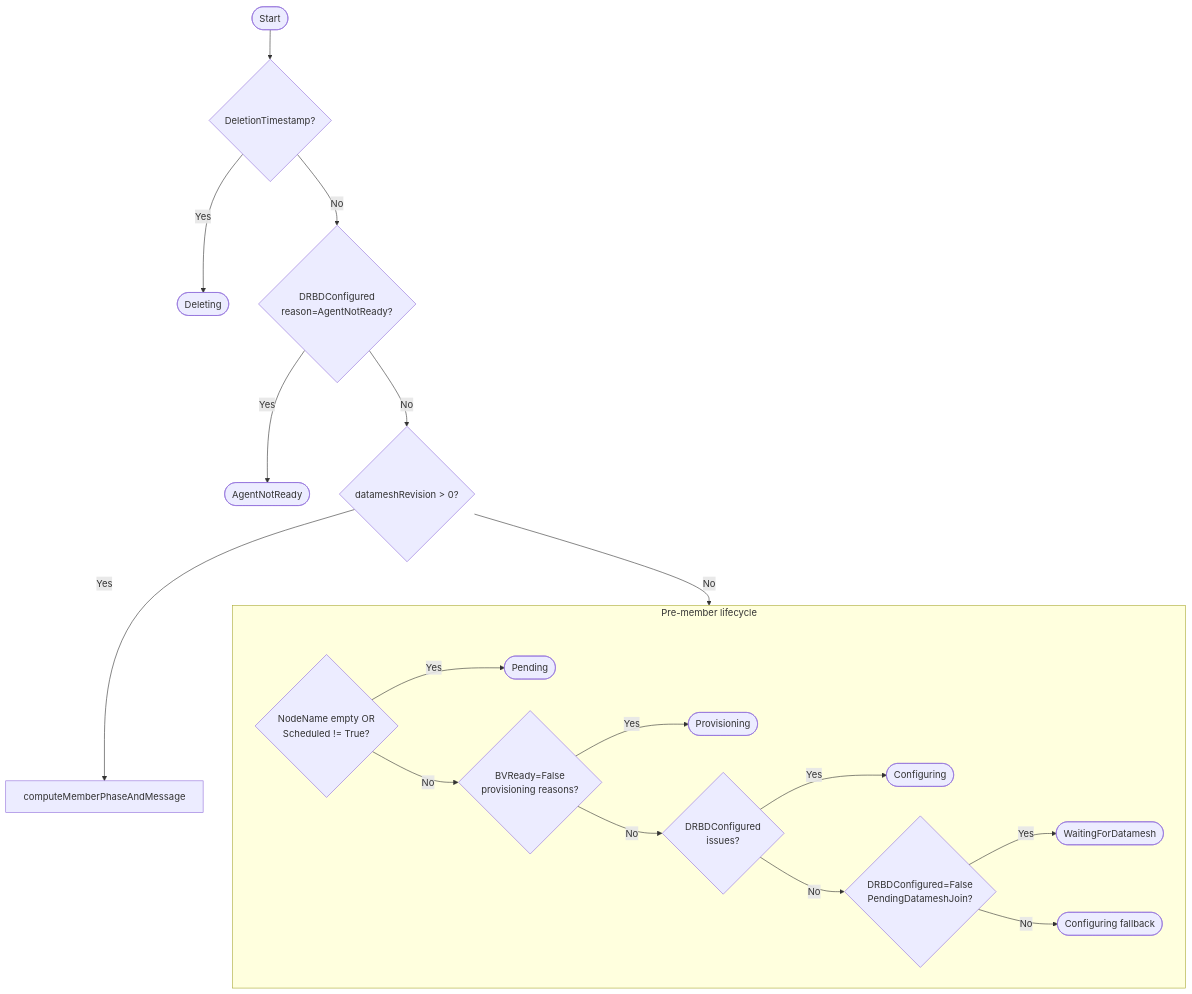
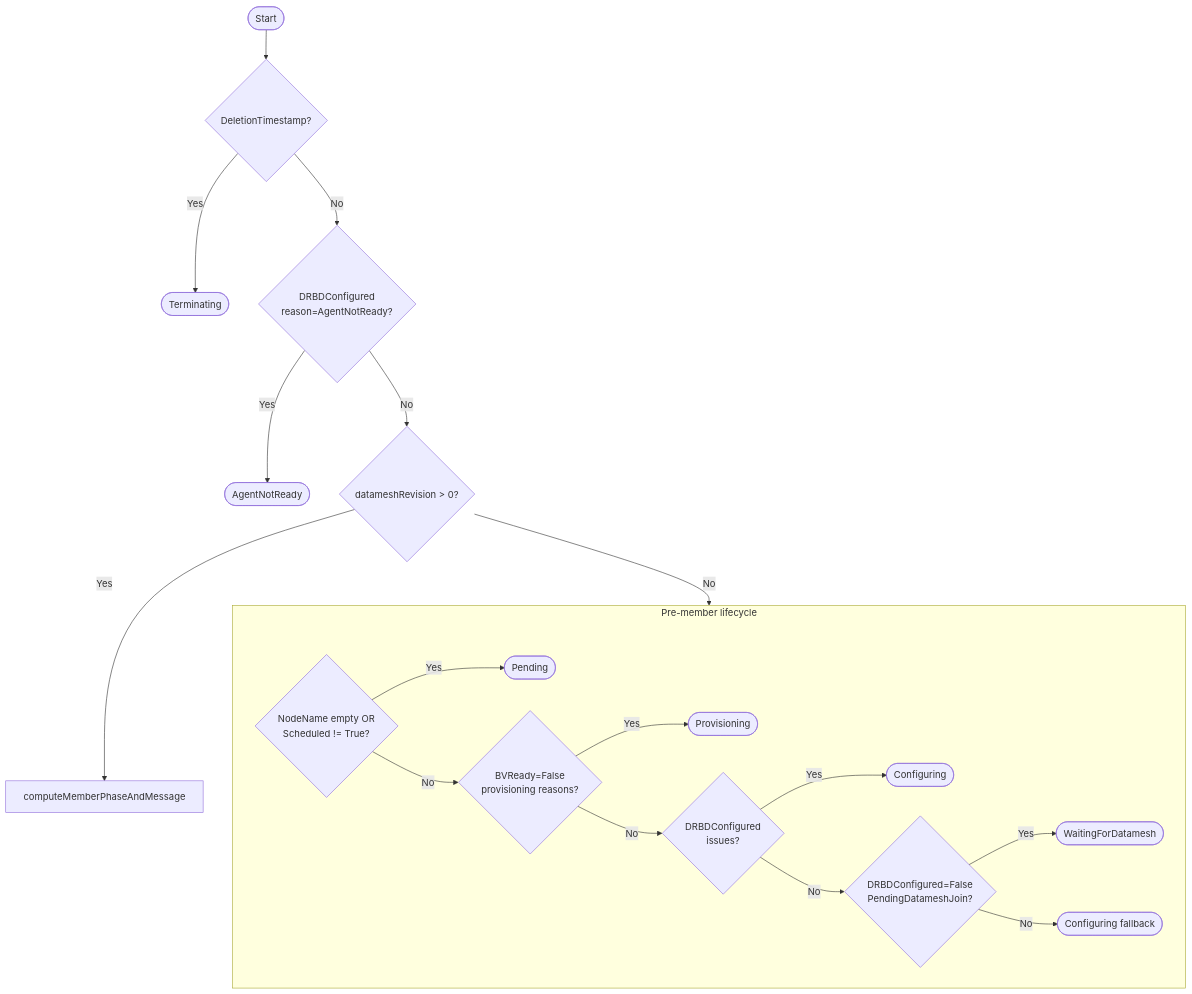
One commit to deckhouse/sds-replicated-volume changed the third of 17 diagrams in images/controller/internal/controllers/rvr_controller/README.md. Above: the diagram before and after it, drawn with Mermaid. The commit also changed other lines of this file and 21 other files, not shown here.

First line of the commit message:
[api, controller] Rename Deleting to Terminating in phase values and condition reasons

````diff
--- a/images/controller/internal/controllers/rvr_controller/README.md
+++ b/images/controller/internal/controllers/rvr_controller/README.md
@@ -649,25 +649,25 @@
 ```mermaid
 flowchart TD
     Start([Start]) --> CheckDelete{DeletionTimestamp?}
-    CheckDelete -->|Yes| Deleting([Deleting])
+    CheckDelete -->|Yes| Terminating([Terminating])
 
     CheckDelete -->|No| CheckAgent{DRBDConfigured<br/>reason=AgentNotReady?}
     CheckAgent -->|Yes| AgentNotReady([AgentNotReady])
 
     CheckAgent -->|No| CheckMember{datameshRevision > 0?}
 
     CheckMember -->|No| PreMember
     CheckMember -->|Yes| MemberHealth["computeMemberPhaseAndMessage"]
 
     subgraph PreMember [Pre-member lifecycle]
         CheckPending{NodeName empty OR<br/>Scheduled != True?}
         CheckPending -->|Yes| Pending([Pending])
         CheckPending -->|No| CheckProv{BVReady=False<br/>provisioning reasons?}
         CheckProv -->|Yes| Provisioning([Provisioning])
         CheckProv -->|No| CheckConfig{DRBDConfigured<br/>issues?}
         CheckConfig -->|Yes| Configuring([Configuring])
         CheckConfig -->|No| CheckWait{DRBDConfigured=False<br/>PendingDatameshJoin?}
         CheckWait -->|Yes| WaitDM([WaitingForDatamesh])
         CheckWait -->|No| Fallback([Configuring fallback])
     end
 ```
````
